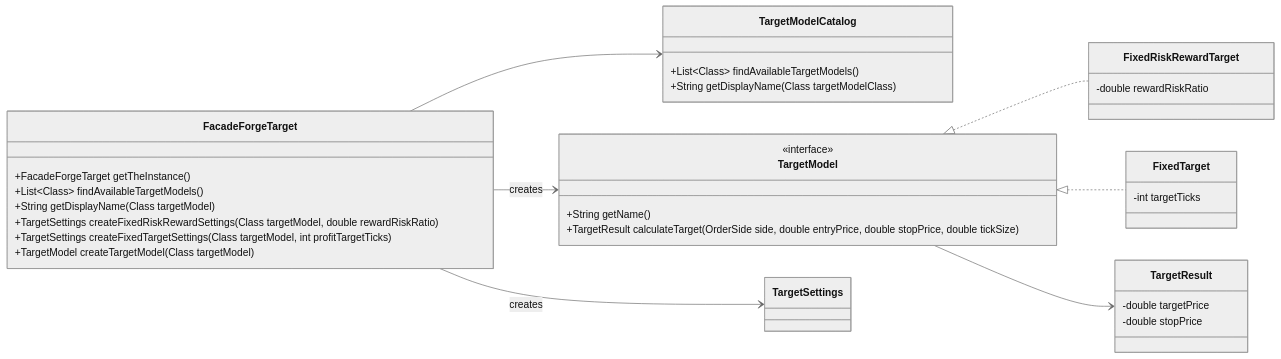
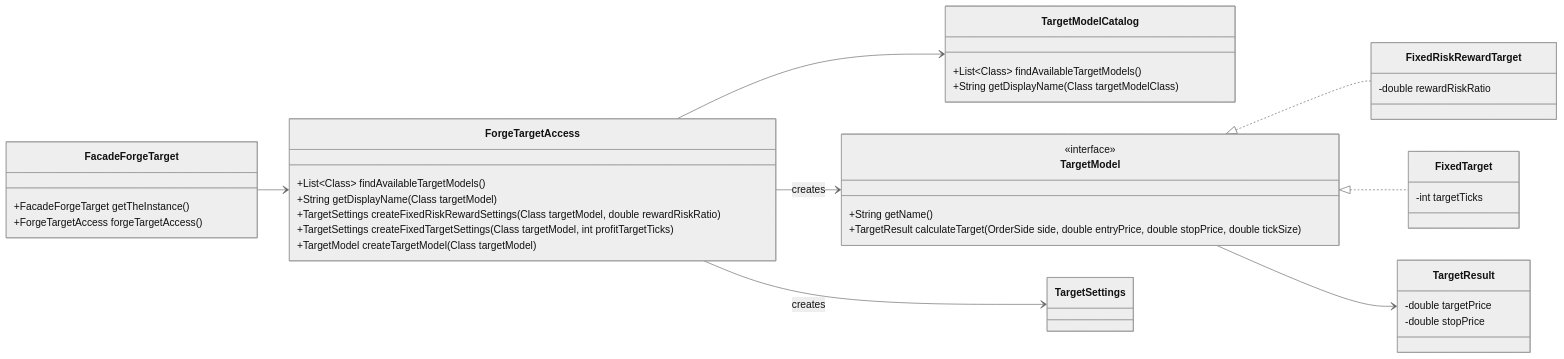
The eighth of 13 diagrams in class-model.md (probst-paul/FORGE), drawn with Mermaid (neutral theme) before and after one commit. The commit also changed other lines of this file and 16 other files, not shown here.

First line of the commit message:
Add Forge*Access facades and refactor facades

````diff
--- a/class-model.md
+++ b/class-model.md
@@ -371,44 +404,49 @@
 ```mermaid
 classDiagram
     direction LR
 
     class FacadeForgeTarget {
         +FacadeForgeTarget getTheInstance()
+        +ForgeTargetAccess forgeTargetAccess()
+    }
+
+    class ForgeTargetAccess {
         +List~Class~ findAvailableTargetModels()
         +String getDisplayName(Class targetModel)
         +TargetSettings createFixedRiskRewardSettings(Class targetModel, double rewardRiskRatio)
         +TargetSettings createFixedTargetSettings(Class targetModel, int profitTargetTicks)
         +TargetModel createTargetModel(Class targetModel)
     }
 
     class TargetModelCatalog {
         +List~Class~ findAvailableTargetModels()
         +String getDisplayName(Class targetModelClass)
     }
 
     class TargetModel {
         <<interface>>
         +String getName()
         +TargetResult calculateTarget(OrderSide side, double entryPrice, double stopPrice, double tickSize)
     }
 
     class FixedRiskRewardTarget {
         -double rewardRiskRatio
     }
 
     class FixedTarget {
         -int targetTicks
     }
 
     class TargetResult {
         -double targetPrice
         -double stopPrice
     }
 
-    FacadeForgeTarget --> TargetModelCatalog
-    FacadeForgeTarget --> TargetModel : creates
-    FacadeForgeTarget --> TargetSettings : creates
+    FacadeForgeTarget --> ForgeTargetAccess
+    ForgeTargetAccess --> TargetModelCatalog
+    ForgeTargetAccess --> TargetModel : creates
+    ForgeTargetAccess --> TargetSettings : creates
     TargetModel <|.. FixedRiskRewardTarget
     TargetModel <|.. FixedTarget
     TargetModel --> TargetResult
 ```
````
